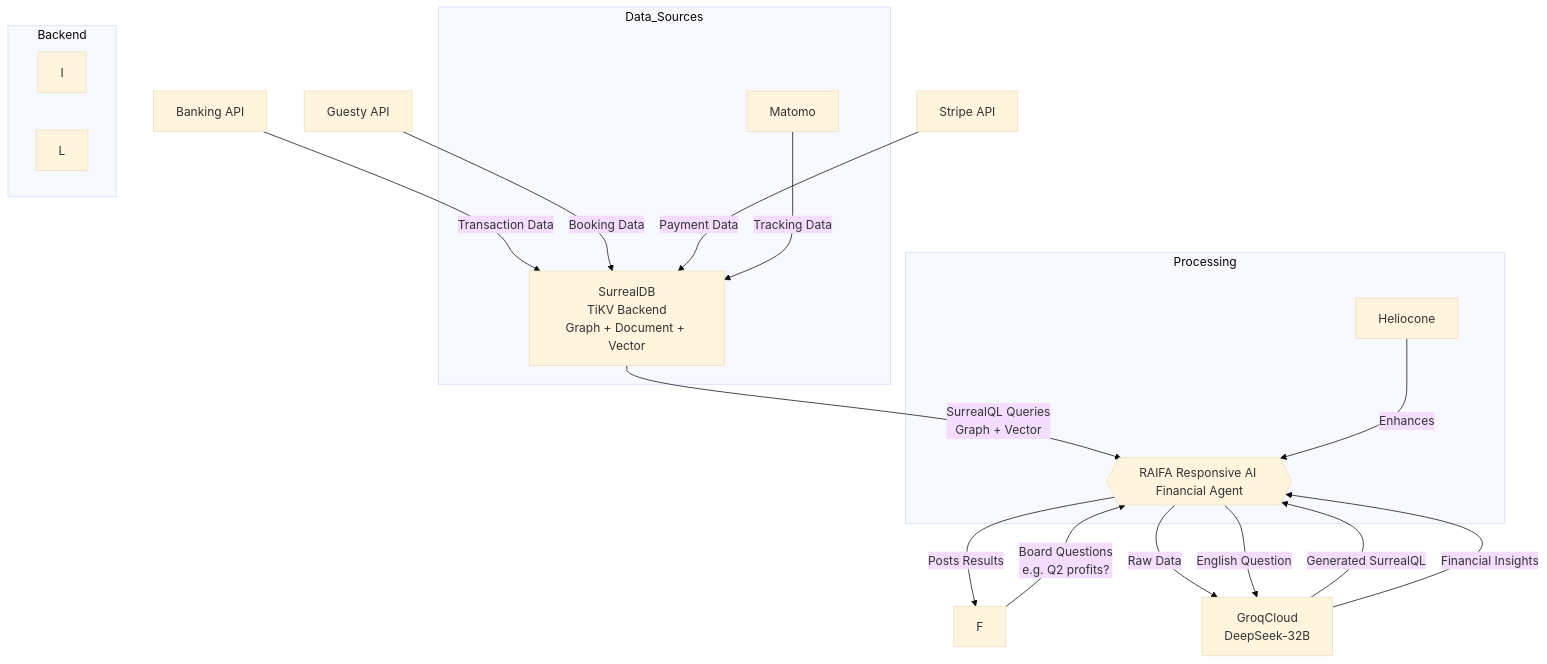
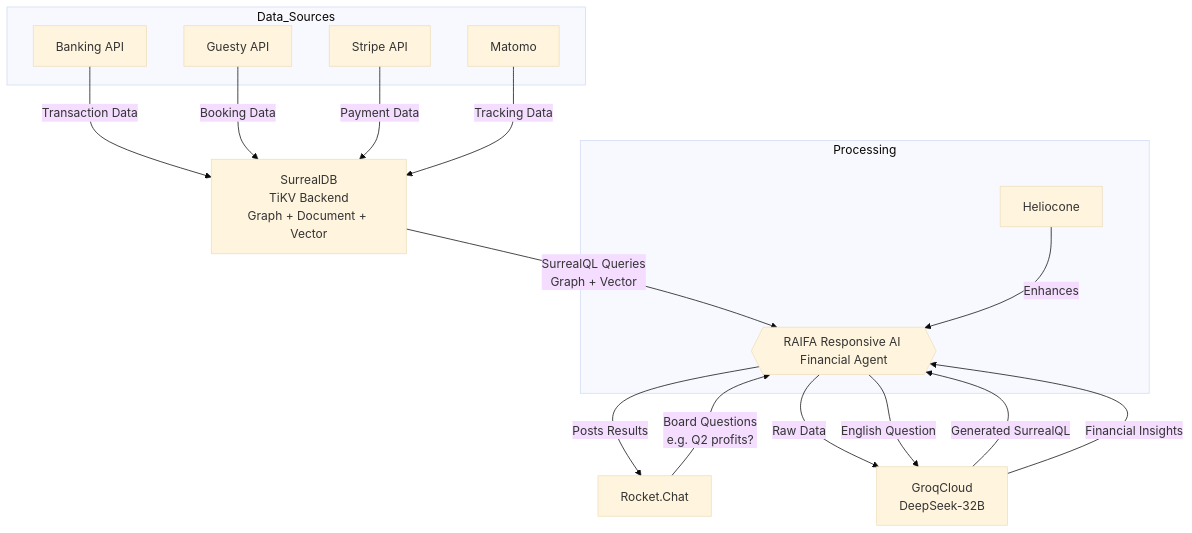
The fourth of 4 diagrams in projects/bnb/v6-b.md (deepbrainspace/deepbrain-stack), drawn with Mermaid (base theme) before and after one commit. The commit also changed other lines of this file, not shown here.

````diff
--- a/projects/bnb/v6-b.md
+++ b/projects/bnb/v6-b.md
@@ -115,29 +115,27 @@
 ```mermaid
 graph TD
     A[Banking API] -->|Transaction Data| B[SurrealDB<br>TiKV Backend<br>Graph + Document + Vector]
     C[Guesty API] -->|Booking Data| B
     D[Stripe API] -->|Payment Data| B
     E[Matomo] -->|Tracking Data| B
-    F -->|Board Questions<br>e.g. Q2 profits?| G{{RAIFA Responsive AI Financial Agent}}
+    F[Rocket.Chat] -->|Board Questions<br>e.g. Q2 profits?| G{{RAIFA Responsive AI Financial Agent}}
     B -->|SurrealQL Queries<br>Graph + Vector| G
     G -->|Posts Results| F
     M[Heliocone] -->|Enhances| G
     subgraph Data_Sources
-        B
         E
-    end
-    subgraph Backend
-        I
-        L
+        A
+        C
+        D
     end
     subgraph Processing
         G
         M
     end
 
     H -->|Generated SurrealQL| G
     G -->|Raw Data| H
     H -->|Financial Insights| G
         
     G -->|English Question| H[GroqCloud<br>DeepSeek-32B]
 ```
````
